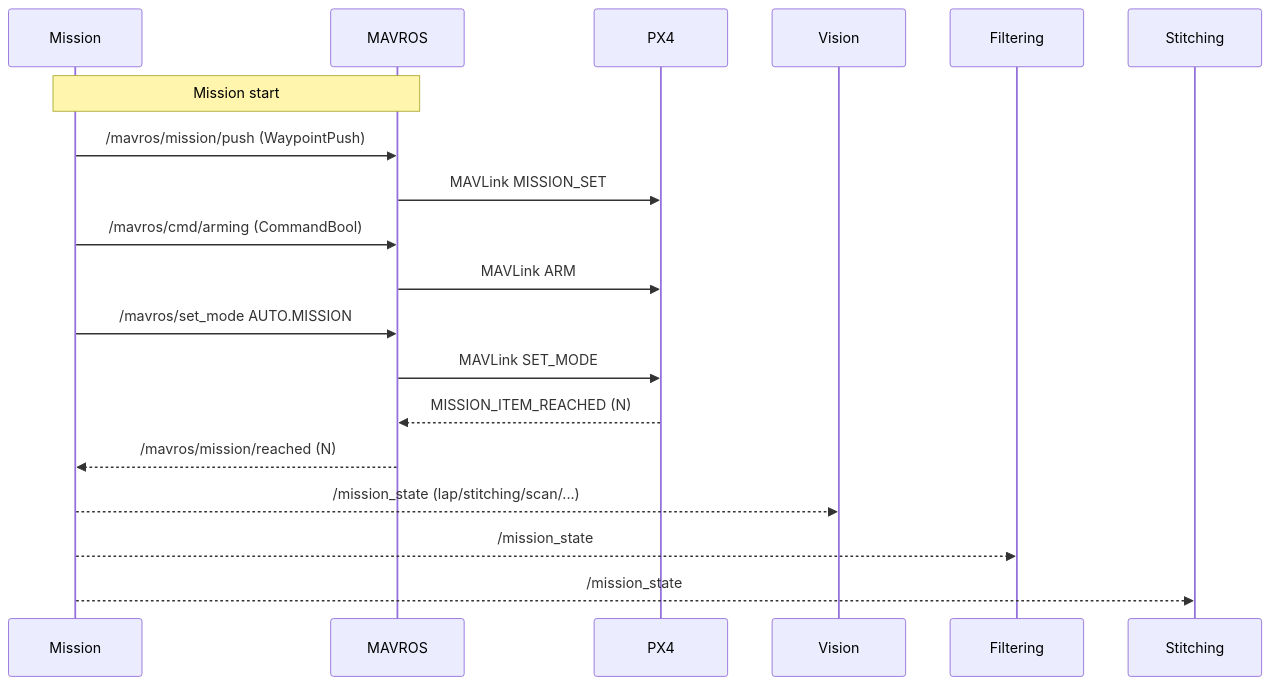
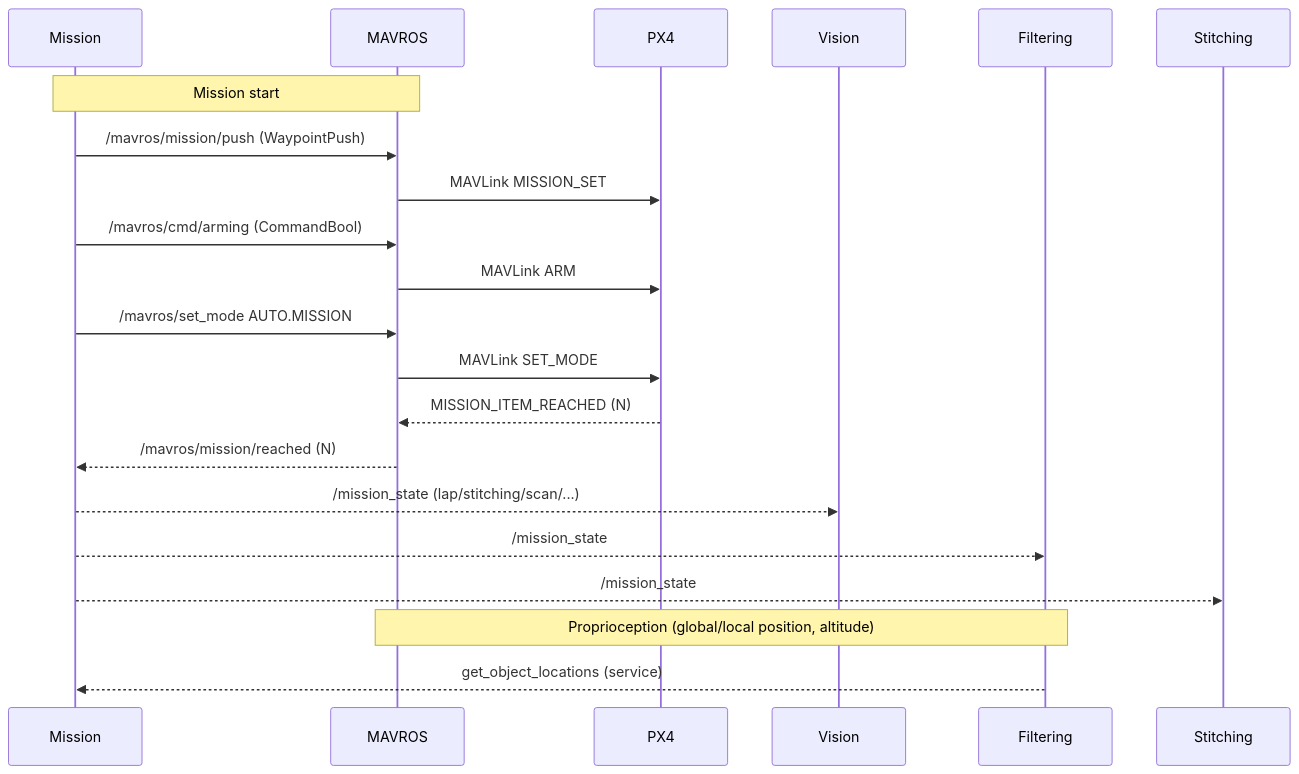
Before and after one commit to BuckeyeVertical/bv_core: the fourth of 4 diagrams in README.md, drawn with Mermaid. The commit also changed other lines of this file, not shown here.

Commit message:
Fixed mermaid diagrams so they aren't as confusing

````diff
--- a/README.md
+++ b/README.md
@@ -122,21 +85,23 @@
 ```mermaid
 sequenceDiagram
 	participant Mission
 	participant MAVROS
 	participant PX4
 	participant Vision
 	participant Filtering
 	participant Stitching
-		Note over Mission,MAVROS: Mission start
+	Note over Mission,MAVROS: Mission start
 	Mission->>MAVROS: /mavros/mission/push (WaypointPush)
 	MAVROS->>PX4: MAVLink MISSION_SET
 	Mission->>MAVROS: /mavros/cmd/arming (CommandBool)
 	MAVROS->>PX4: MAVLink ARM
 	Mission->>MAVROS: /mavros/set_mode AUTO.MISSION
 	MAVROS->>PX4: MAVLink SET_MODE
 	PX4-->>MAVROS: MISSION_ITEM_REACHED (N)
 	MAVROS-->>Mission: /mavros/mission/reached (N)
 	Mission-->>Vision: /mission_state (lap/stitching/scan/...)
 	Mission-->>Filtering: /mission_state
 	Mission-->>Stitching: /mission_state
+		Note over MAVROS,Filtering: Proprioception (global/local position, altitude)
+	Filtering-->>Mission: get_object_locations (service)
 ```
````
